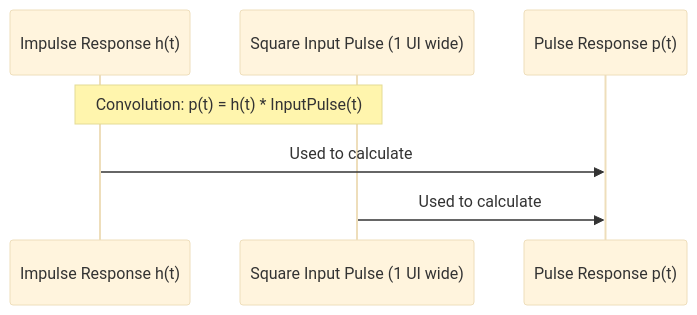
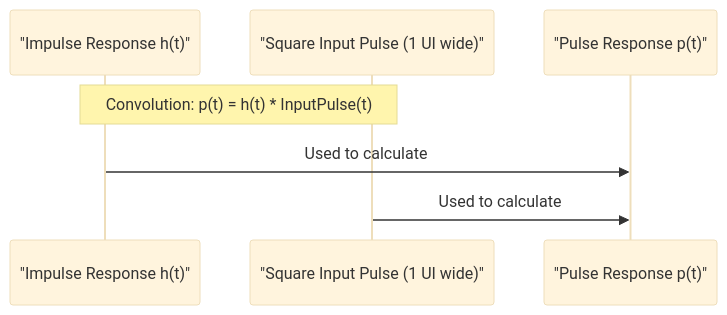
The second of 3 diagrams in output/com_code/03_frequency_time_domain_transformation___causality_.md (jueshi/PocketFlow-Tutorial-Codebase-Knowledge), drawn with Mermaid (base theme) before and after one commit. The commit also changed other lines of this file and 282 other files, not shown here.

````diff
--- a/output/com_code/03_frequency_time_domain_transformation___causality_.md
+++ b/output/com_code/03_frequency_time_domain_transformation___causality_.md
@@ -56,10 +56,10 @@
-    ```mermaid
+```mermaid
     sequenceDiagram
-        participant IR as Impulse Response h(t)
-        participant InputPulse as Square Input Pulse (1 UI wide)
-        participant PR as Pulse Response p(t)
+        participant IR as "Impulse Response h(t)"
+        participant InputPulse as "Square Input Pulse (1 UI wide)"
+        participant PR as "Pulse Response p(t)"
 
         Note over IR, InputPulse: Convolution: p(t) = h(t) * InputPulse(t)
         IR ->> PR: Used to calculate
         InputPulse ->> PR: Used to calculate
-    ```
+```
````
